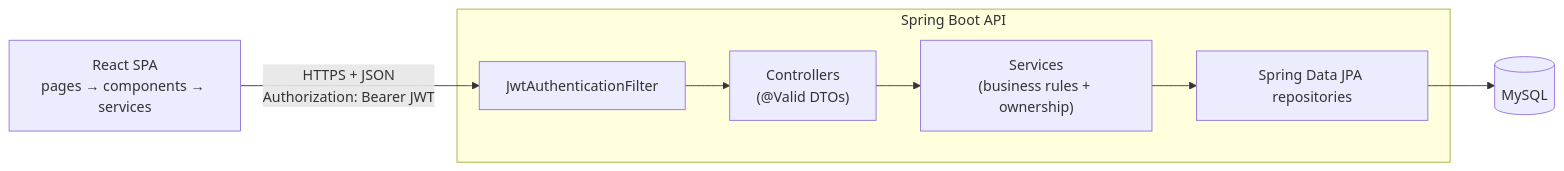
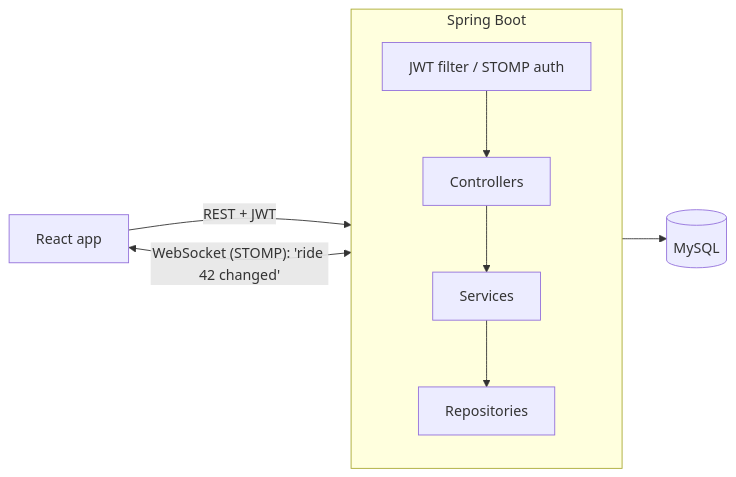
One commit to chatura-bhavishya/QuickCab changed the diagram in README.md. Above: the diagram before and after it, drawn with Mermaid. The commit also changed other lines of this file and 4 other files, not shown here.

````diff
--- a/README.md
+++ b/README.md
@@ -60,10 +51,10 @@
 ```mermaid
 flowchart LR
-    Browser["React SPA<br/>pages → components → services"] -- "HTTPS + JSON<br/>Authorization: Bearer JWT" --> Filter
-    subgraph API["Spring Boot API"]
-        Filter["JwtAuthenticationFilter"] --> Controllers["Controllers<br/>(@Valid DTOs)"]
-        Controllers --> Services["Services<br/>(business rules + ownership)"]
-        Services --> Repos["Spring Data JPA repositories"]
+    Browser["React app"] -- "REST + JWT" --> API
+    Browser <-- "WebSocket (STOMP): 'ride 42 changed'" --> API
+    subgraph API["Spring Boot"]
+        direction TB
+        Security["JWT filter / STOMP auth"] --> Controllers --> Services --> Repositories
     end
-    Repos --> DB[("MySQL")]
+    Repositories --> DB[("MySQL")]
 ```
````
